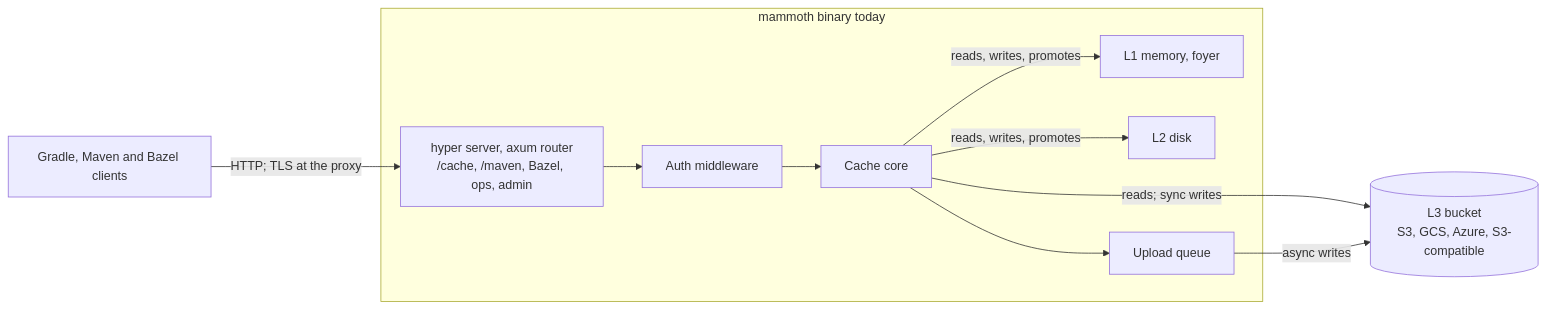
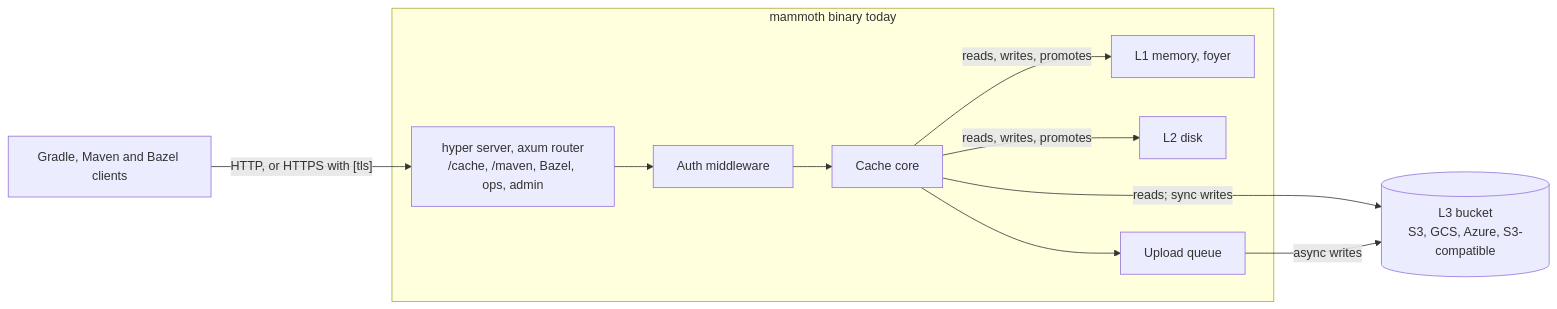
Before and after one commit to nevzheng/mammoth-cache: the fifth of 5 diagrams in docs/design/0003-architecture.md, drawn with Mermaid. The commit also changed other lines of this file and 15 other files, not shown here.

````diff
--- a/docs/design/0003-architecture.md
+++ b/docs/design/0003-architecture.md
@@ -303,19 +303,19 @@
 ```mermaid
 flowchart LR
     client["Gradle, Maven and Bazel clients"]
     subgraph node["mammoth binary today"]
         http["hyper server, axum router<br/>/cache, /maven, Bazel, ops, admin"]
         auth["Auth middleware"]
         core["Cache core"]
         l1["L1 memory, foyer"]
         l2["L2 disk"]
         q["Upload queue"]
     end
     l3[("L3 bucket<br/>S3, GCS, Azure, S3-compatible")]
-    client -- "HTTP; TLS at the proxy" --> http
+    client -- "HTTP, or HTTPS with [tls]" --> http
     http --> auth --> core
     core -- "reads, writes, promotes" --> l1
     core -- "reads, writes, promotes" --> l2
     core -- "reads; sync writes" --> l3
     core --> q -- "async writes" --> l3
 ```
````
